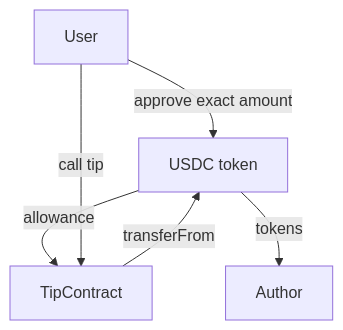
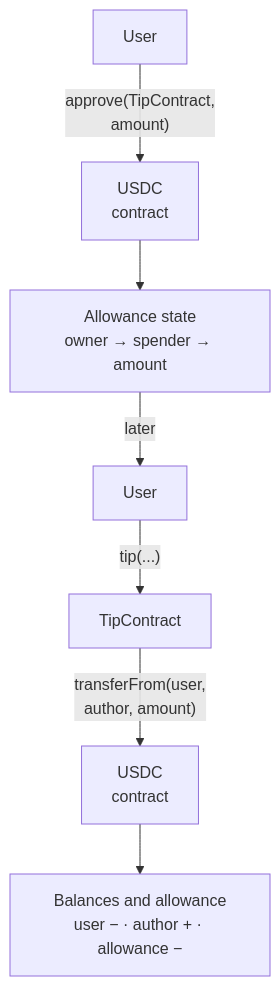
The diagram in docs/tracks/builder/week-6/part-6-independent-builder-challenge.md (Blockchain-NTU-SG/academy-handbook), drawn with Mermaid before and after one commit. The commit also changed other lines of this file and 6 other files, not shown here.

````diff
--- a/docs/tracks/builder/week-6/part-6-independent-builder-challenge.md
+++ b/docs/tracks/builder/week-6/part-6-independent-builder-challenge.md
@@ -122,10 +125,11 @@
 ```mermaid
 flowchart TD
   accTitle: ERC-20 approval and transfer flow
-  accDescr: The user first approves the tip contract to spend an exact amount of USDC, then calls the tip contract, which uses transferFrom to move that amount directly from the user to the author.
-  U["User"] -->|"approve exact amount"| T["USDC token"]
-  T -->|"allowance"| C["TipContract"]
-  U -->|"call tip"| C
-  C -->|"transferFrom"| T
-  T -->|"tokens"| A["Author"]
+  accDescr: The user first tells the USDC contract to record an allowance for the TipContract. Later, the user calls TipContract, which asks the USDC contract to move tokens; the USDC contract updates balances and reduces the allowance. The arrows show the sequence, not allowance or token transfers between the boxes.
+  U1["User"] -->|"approve(TipContract,<br/>amount)"| T1["USDC<br/>contract"]
+  T1 --> S1["Allowance state<br/>owner → spender → amount"]
+  S1 -->|"later"| U2["User"]
+  U2 -->|"tip(...)"| C2["TipContract"]
+  C2 -->|"transferFrom(user,<br/>author, amount)"| T2["USDC<br/>contract"]
+  T2 --> S2["Balances and allowance<br/>user − · author + · allowance −"]
 ```
````
